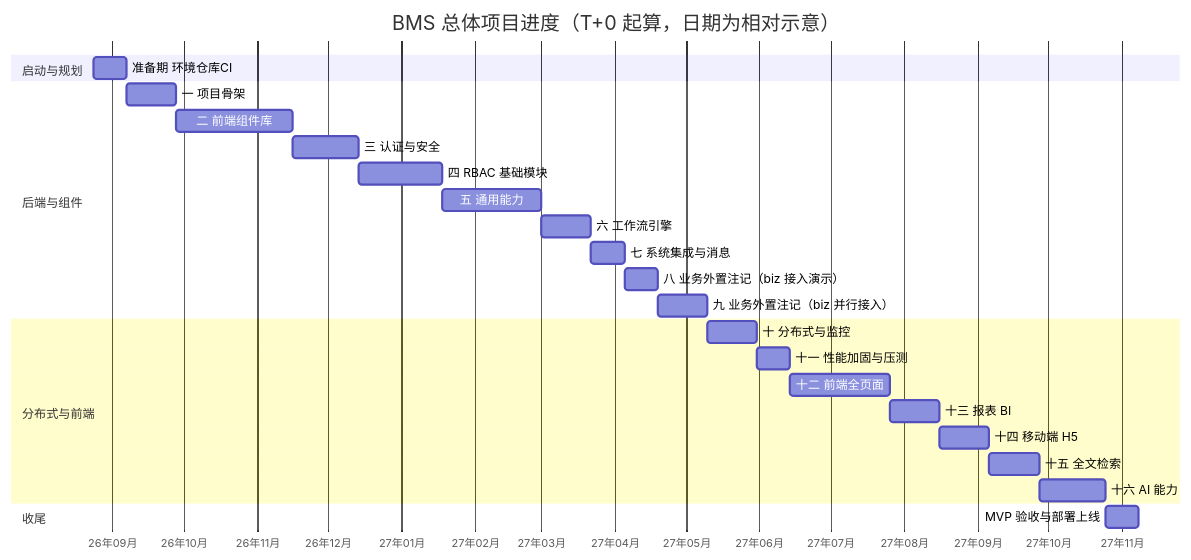
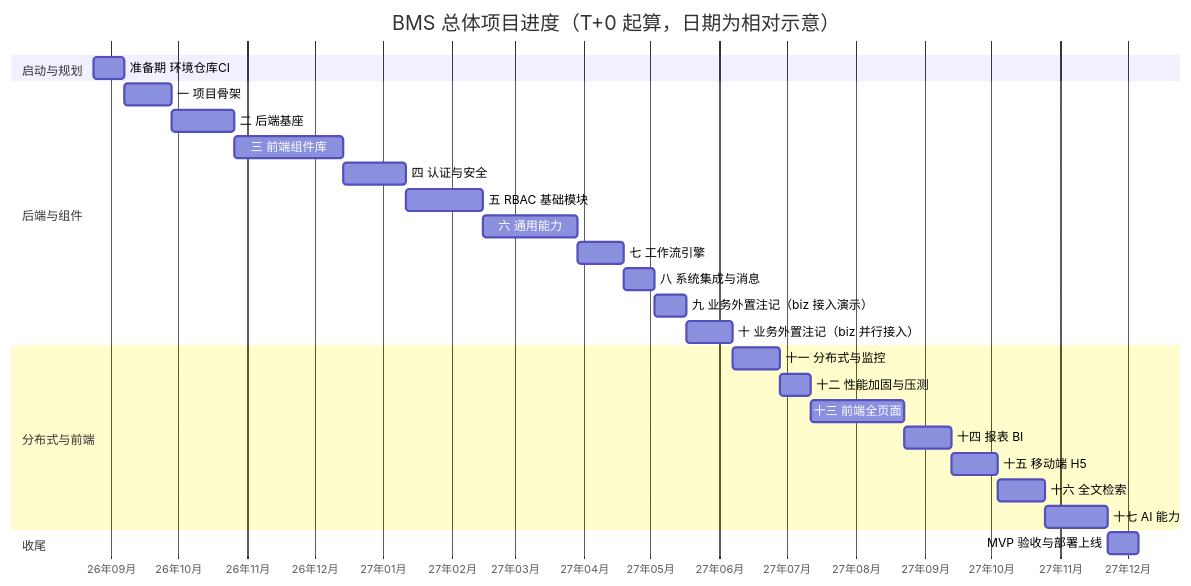
The second of 2 diagrams in bms文档/规划/总体项目规划.md (minjian123/basic-management-system), drawn with Mermaid before and after one commit. The commit also changed other lines of this file and 199 other files, not shown here.

````diff
--- a/bms文档/规划/总体项目规划.md
+++ b/bms文档/规划/总体项目规划.md
@@ -185,29 +188,30 @@
 ```mermaid
 gantt
     title BMS 总体项目进度（T+0 起算，日期为相对示意）
     dateFormat  YYYY-MM-DD
     axisFormat  %y年%m月
     tickInterval 1month
     section 启动与规划
     准备期 环境仓库CI        :a0, 2026-08-24, 2w
     section 后端与组件
     一 项目骨架              :a1, after a0, 3w
-    二 前端组件库            :a2, after a1, 7w
-    三 认证与安全            :a3, after a2, 4w
-    四 RBAC 基础模块         :a4, after a3, 5w
-    五 通用能力              :a5, after a4, 6w
-    六 工作流引擎            :a6, after a5, 3w
-    七 系统集成与消息        :a7, after a6, 2w
-    八 业务外置注记（biz 接入演示）  :a8, after a7, 2w
-    九 业务外置注记（biz 并行接入）  :a9, after a8, 3w
+    二 后端基座              :a2, after a1, 4w
+    三 前端组件库            :a3, after a2, 7w
+    四 认证与安全            :a4, after a3, 4w
+    五 RBAC 基础模块         :a5, after a4, 5w
+    六 通用能力              :a6, after a5, 6w
+    七 工作流引擎            :a7, after a6, 3w
+    八 系统集成与消息        :a8, after a7, 2w
+    九 业务外置注记（biz 接入演示）  :a9, after a8, 2w
+    十 业务外置注记（biz 并行接入）  :a10, after a9, 3w
     section 分布式与前端
-    十 分布式与监控          :a10, after a9, 3w
-    十一 性能加固与压测      :a11, after a10, 2w
-    十二 前端全页面          :a12, after a11, 6w
-    十三 报表 BI             :a13, after a12, 3w
-    十四 移动端 H5           :a14, after a13, 3w
-    十五 全文检索            :a15, after a14, 3w
-    十六 AI 能力             :a16, after a15, 4w
+    十一 分布式与监控        :a11, after a10, 3w
+    十二 性能加固与压测      :a12, after a11, 2w
+    十三 前端全页面          :a13, after a12, 6w
+    十四 报表 BI             :a14, after a13, 3w
+    十五 移动端 H5           :a15, after a14, 3w
+    十六 全文检索            :a16, after a15, 3w
+    十七 AI 能力             :a17, after a16, 4w
     section 收尾
-    MVP 验收与部署上线       :a17, after a16, 2w
+    MVP 验收与部署上线       :a18, after a17, 2w
 ```
````
